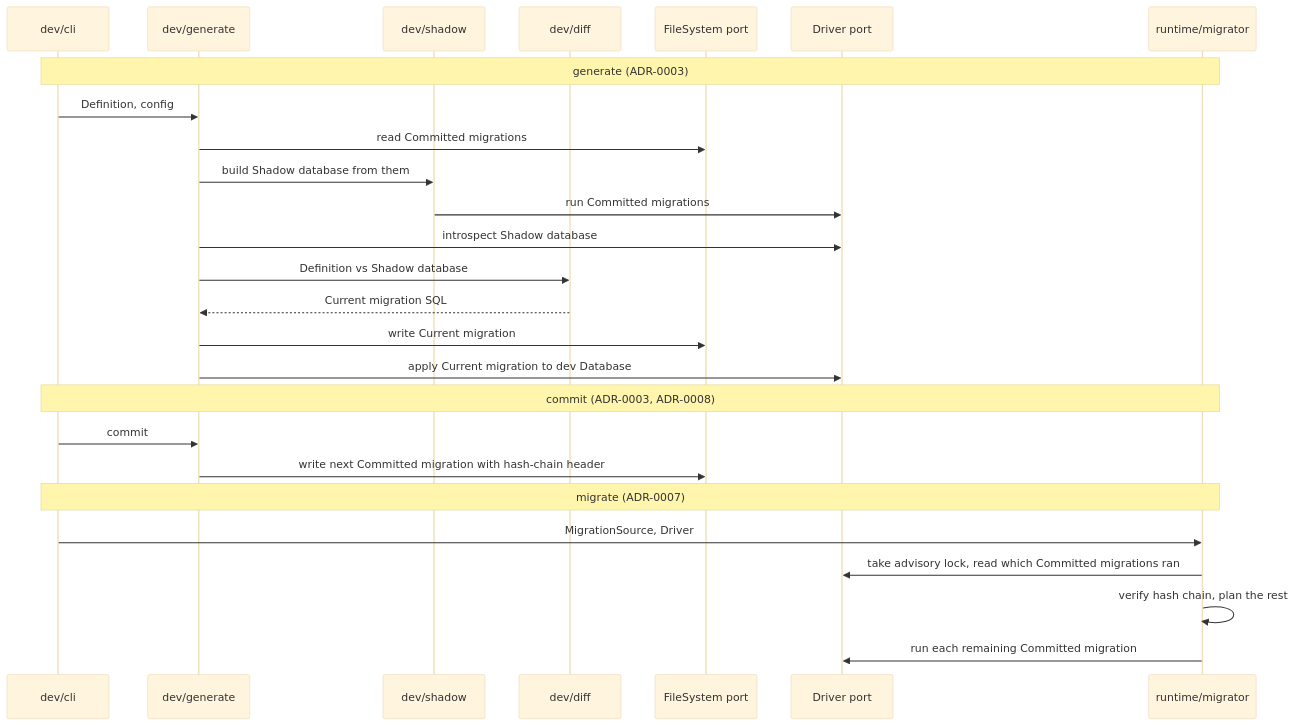
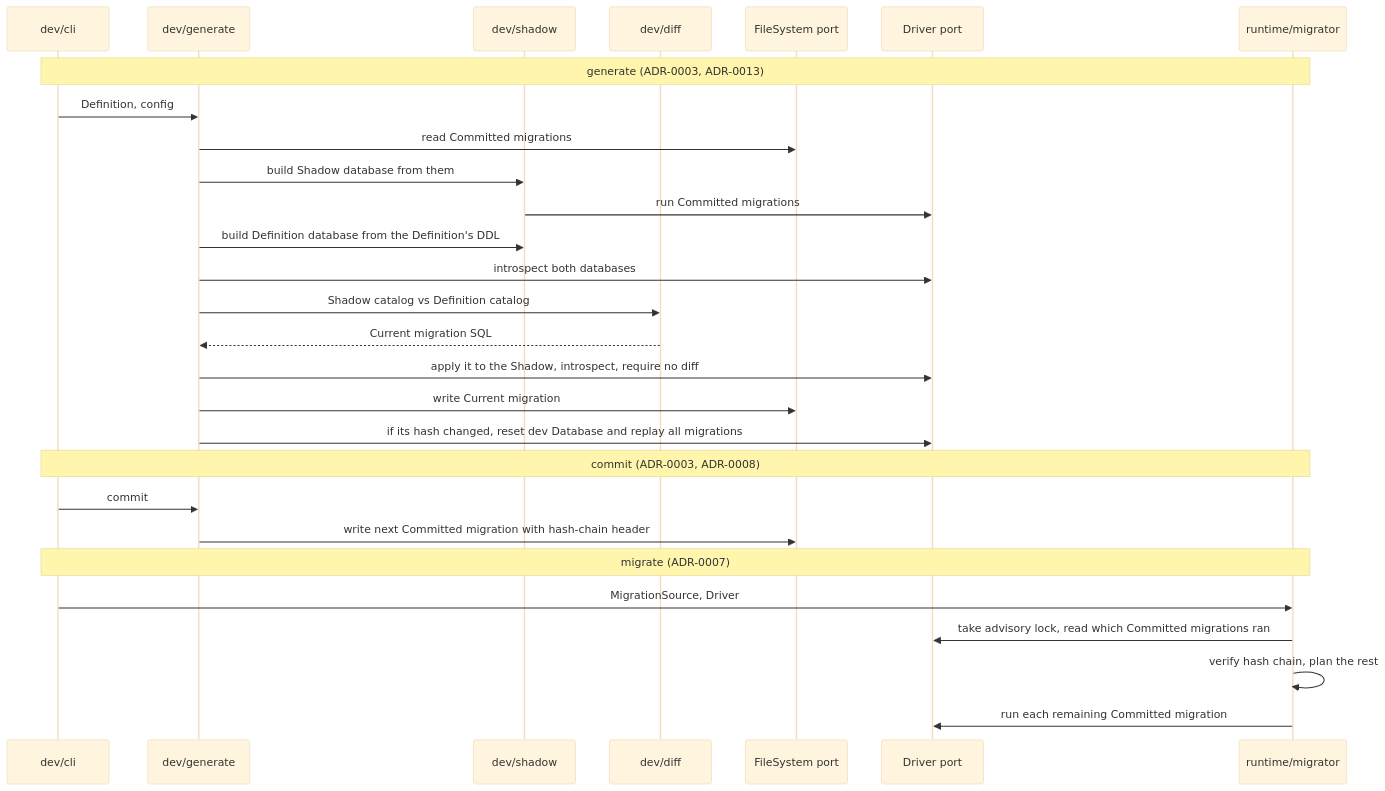
The fifth of 5 diagrams in docs/architecture.md (smonn/db), drawn with Mermaid (base theme) before and after one commit. The commit also changed other lines of this file and 2 other files, not shown here.

Commit message:
docs(adr): diff two introspected databases and record the v0.1 diff engine

````diff
--- a/docs/architecture.md
+++ b/docs/architecture.md
@@ -128,31 +128,33 @@
 ```mermaid
 sequenceDiagram
   participant CLI as dev/cli
   participant Gen as dev/generate
   participant Shadow as dev/shadow
   participant Diff as dev/diff
   participant FS as FileSystem port
   participant DB as Driver port
   participant Mig as runtime/migrator
 
-  Note over CLI,Mig: generate (ADR-0003)
+  Note over CLI,Mig: generate (ADR-0003, ADR-0013)
   CLI->>Gen: Definition, config
   Gen->>FS: read Committed migrations
   Gen->>Shadow: build Shadow database from them
   Shadow->>DB: run Committed migrations
-  Gen->>DB: introspect Shadow database
-  Gen->>Diff: Definition vs Shadow database
+  Gen->>Shadow: build Definition database from the Definition's DDL
+  Gen->>DB: introspect both databases
+  Gen->>Diff: Shadow catalog vs Definition catalog
   Diff-->>Gen: Current migration SQL
+  Gen->>DB: apply it to the Shadow, introspect, require no diff
   Gen->>FS: write Current migration
-  Gen->>DB: apply Current migration to dev Database
+  Gen->>DB: if its hash changed, reset dev Database and replay all migrations
 
   Note over CLI,Mig: commit (ADR-0003, ADR-0008)
   CLI->>Gen: commit
   Gen->>FS: write next Committed migration with hash-chain header
 
   Note over CLI,Mig: migrate (ADR-0007)
   CLI->>Mig: MigrationSource, Driver
   Mig->>DB: take advisory lock, read which Committed migrations ran
   Mig->>Mig: verify hash chain, plan the rest
   Mig->>DB: run each remaining Committed migration
 ```
````
